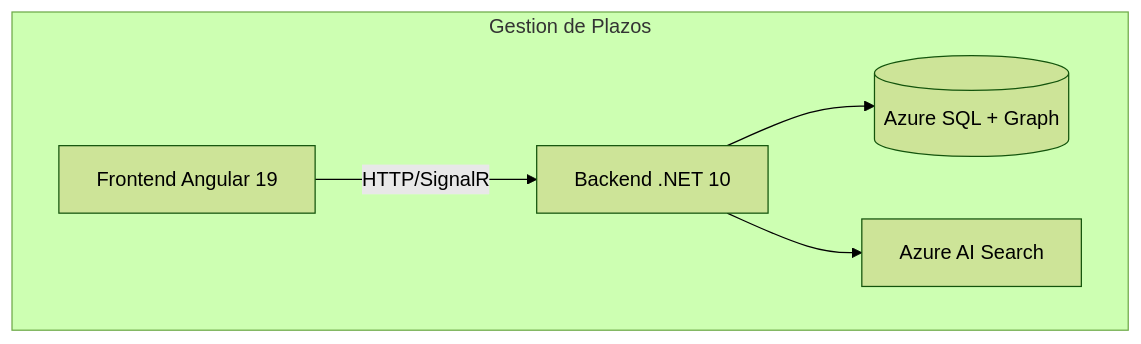
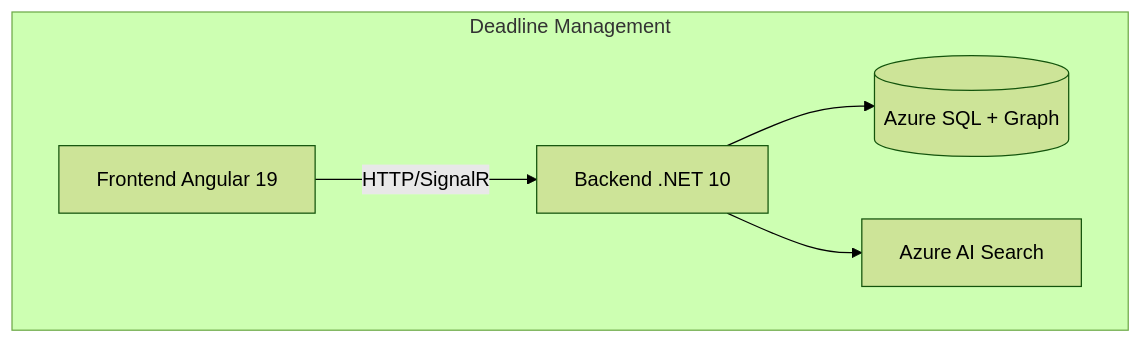
Before and after one commit to pablonux/legal-ai-ar: the diagram in docs/roadmap/F13 - Deadline Management/F13 - W01 - Comprehensive Documentation.md, drawn with Mermaid (forest theme). The commit also changed other lines of this file and 173 other files, not shown here.

````diff
--- a/docs/roadmap/F13 - Deadline Management/F13 - W01 - Comprehensive Documentation.md
+++ b/docs/roadmap/F13 - Deadline Management/F13 - W01 - Comprehensive Documentation.md
@@ -18,12 +18,12 @@
 ```mermaid
 graph TB
-    subgraph "Gestion de Plazos"
+    subgraph "Deadline Management"
         FE[Frontend Angular 19]
         BE[Backend .NET 10]
         DB[(Azure SQL + Graph)]
         AIS[Azure AI Search]
     end
     FE -->|HTTP/SignalR| BE
     BE --> DB
     BE --> AIS
 ```
````
